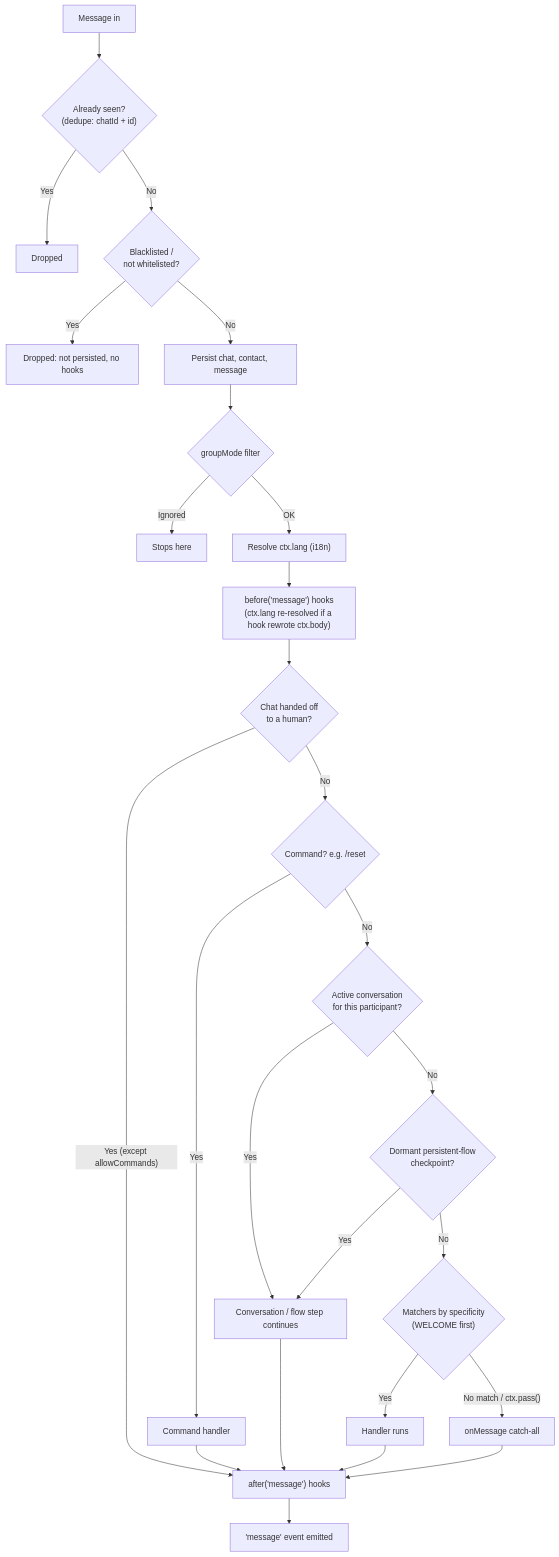
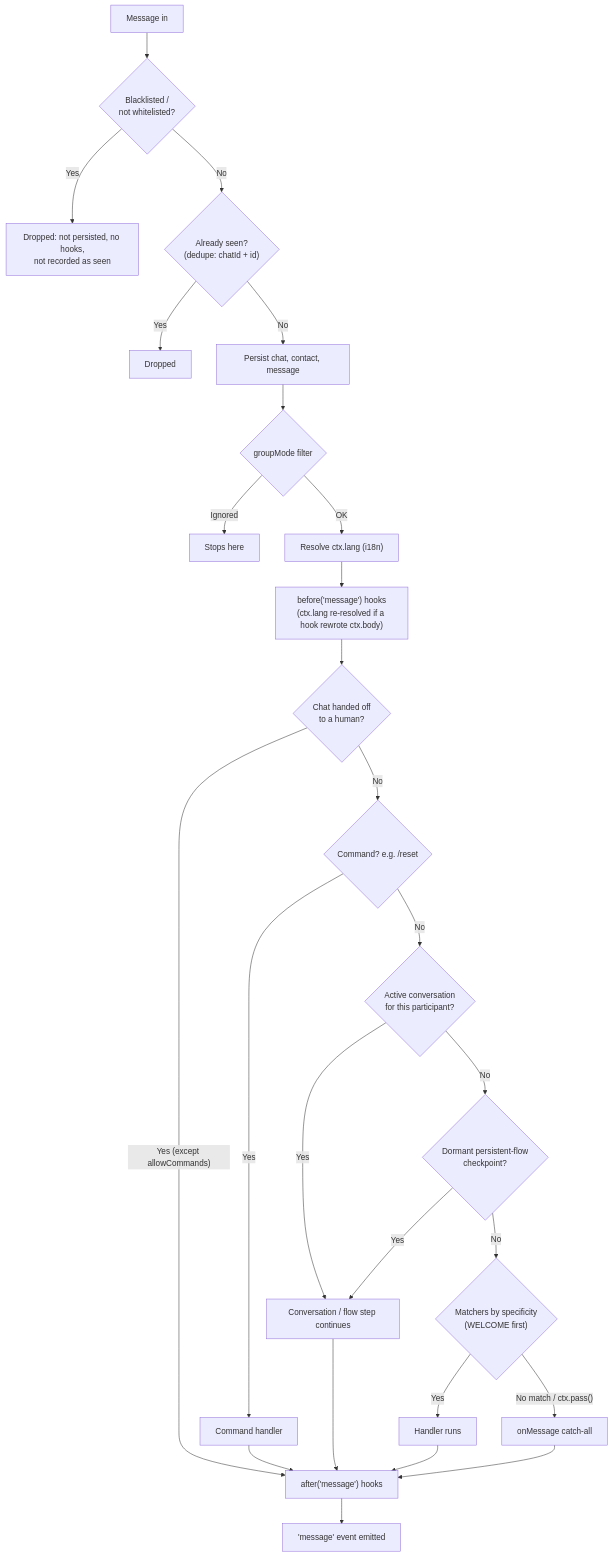
The diagram in docs/guide/concepts.md (andresayac/bot-wa-baileys), drawn with Mermaid before and after one commit. The commit also changed other lines of this file and 11 other files, not shown here.

````diff
--- a/docs/guide/concepts.md
+++ b/docs/guide/concepts.md
@@ -14,28 +14,28 @@
 ```mermaid
 flowchart TD
-    A[Message in] --> DD{"Already seen?<br/>(dedupe: chatId + id)"}
+    A[Message in] --> ACL{"Blacklisted /<br/>not whitelisted?"}
+    ACL -->|Yes| X1[Dropped: not persisted, no hooks,<br/>not recorded as seen]
+    ACL -->|No| DD{"Already seen?<br/>(dedupe: chatId + id)"}
     DD -->|Yes| X0[Dropped]
-    DD -->|No| ACL{"Blacklisted /<br/>not whitelisted?"}
-    ACL -->|Yes| X1[Dropped: not persisted, no hooks]
-    ACL -->|No| P[Persist chat, contact, message]
+    DD -->|No| P[Persist chat, contact, message]
     P --> GM{"groupMode filter"}
     GM -->|Ignored| X2[Stops here]
     GM -->|OK| L["Resolve ctx.lang (i18n)"]
     L --> B["before('message') hooks<br/>(ctx.lang re-resolved if a hook rewrote ctx.body)"]
     B --> HO{"Chat handed off<br/>to a human?"}
     HO -->|"Yes (except allowCommands)"| J
     HO -->|No| C{"Command? e.g. /reset"}
     C -->|Yes| D[Command handler]
     C -->|No| E{Active conversation<br/>for this participant?}
     E -->|Yes| F[Conversation / flow step continues]
     E -->|No| R{Dormant persistent-flow<br/>checkpoint?}
     R -->|Yes| F
     R -->|No| G{"Matchers by specificity<br/>(WELCOME first)"}
     G -->|Yes| H[Handler runs]
     G -->|"No match / ctx.pass()"| I[onMessage catch-all]
     D --> J["after('message') hooks"]
     F --> J
     H --> J
     I --> J
     J --> K["'message' event emitted"]
 ```
````
